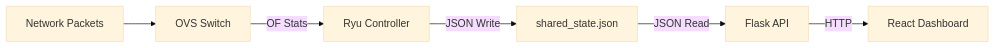
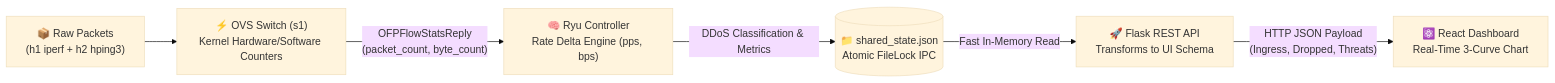
The third of 6 diagrams in docs/ARCHITECTURE.md (botvecna47/SDN-Based-DDoS-Mitigation), drawn with Mermaid (base theme) before and after one commit. The commit also changed other lines of this file and 45 other files, not shown here.

````diff
--- a/docs/ARCHITECTURE.md
+++ b/docs/ARCHITECTURE.md
@@ -71,8 +105,8 @@
 ```mermaid
 flowchart LR
-    Packets[Network Packets] --> OVS[OVS Switch]
-    OVS -->|OF Stats| Ryu[Ryu Controller]
-    Ryu -->|JSON Write| IPC[shared_state.json]
-    IPC -->|JSON Read| Flask[Flask API]
-    Flask -->|HTTP| Dashboard[React Dashboard]
+    Packets["📦 Raw Packets\n(h1 iperf + h2 hping3)"] --> OVS["⚡ OVS Switch (s1)\nKernel Hardware/Software Counters"]
+    OVS -->|"OFPFlowStatsReply\n(packet_count, byte_count)"| Ryu["🧠 Ryu Controller\nRate Delta Engine (pps, bps)"]
+    Ryu -->|"DDoS Classification & Metrics"| IPC[("📁 shared_state.json\nAtomic FileLock IPC")]
+    IPC -->|"Fast In-Memory Read"| Flask["🚀 Flask REST API\nTransforms to UI Schema"]
+    Flask -->|"HTTP JSON Payload\n(Ingress, Dropped, Threats)"| Dashboard["⚛️ React Dashboard\nReal-Time 3-Curve Chart"]
 ```
````
